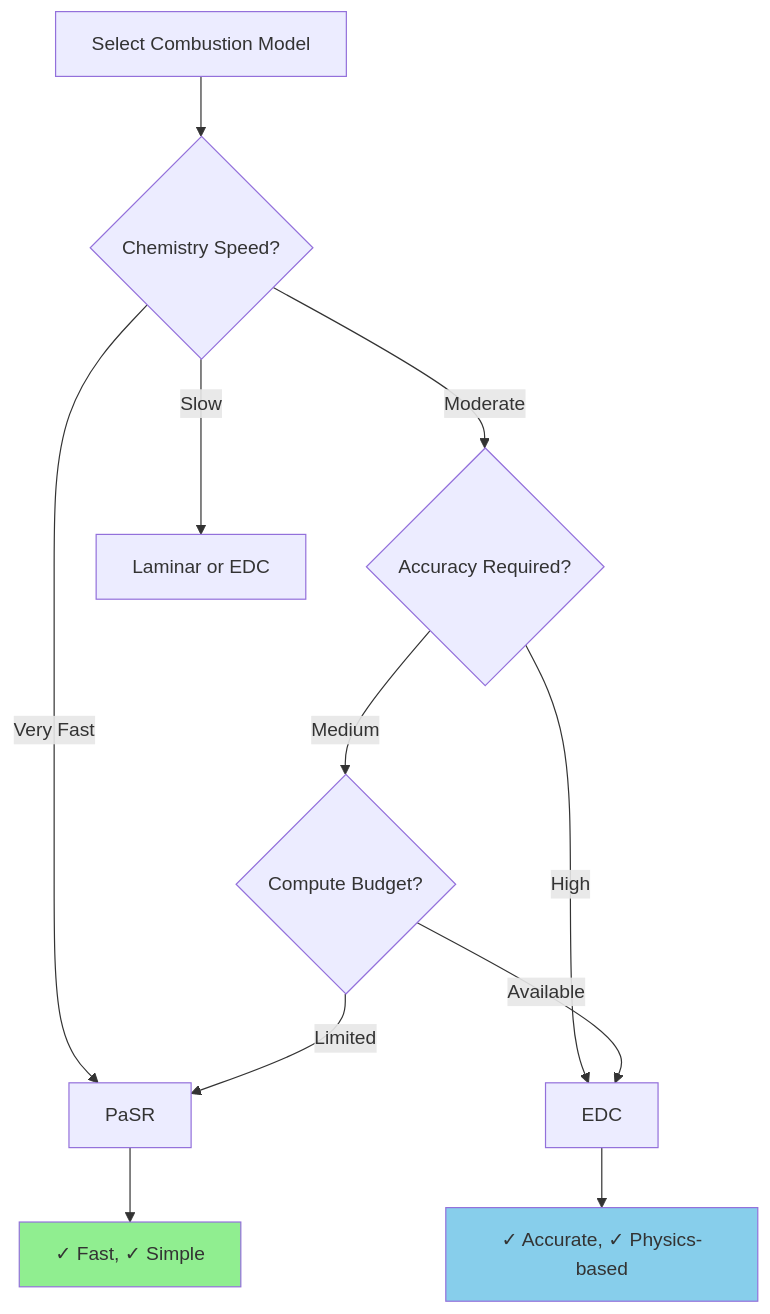
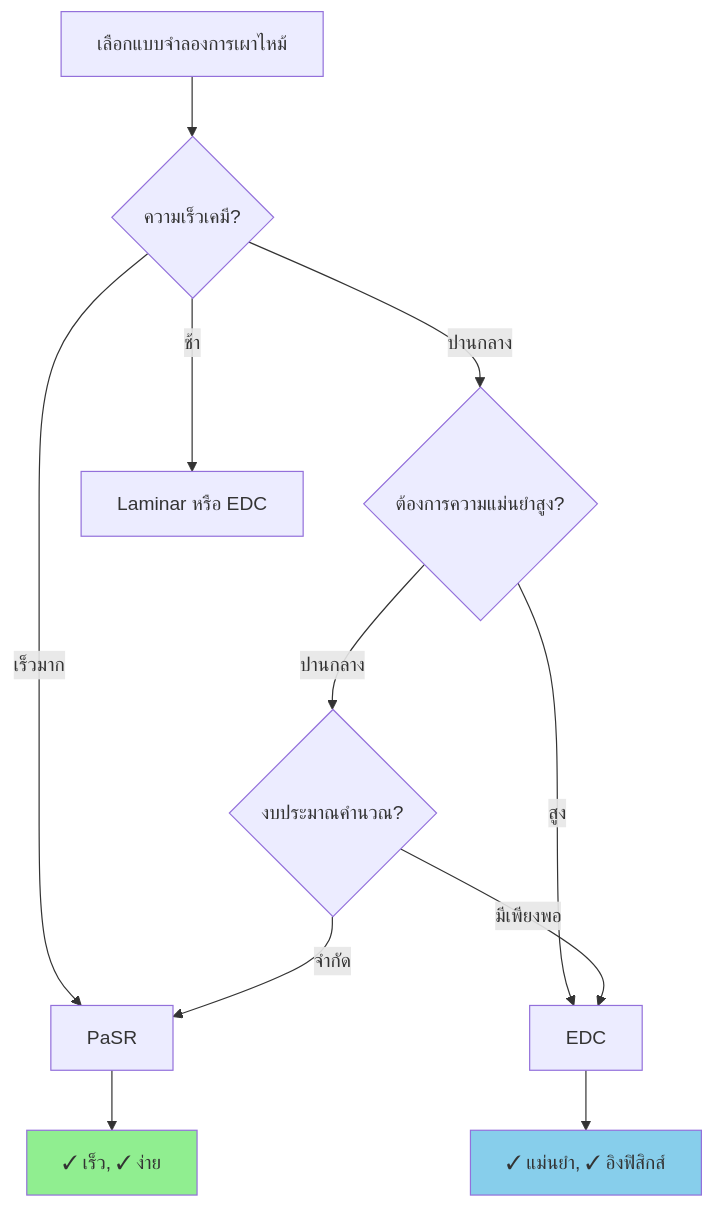
Before and after one commit to wramet/build-my-cfd: the fifth of 5 diagrams in MODULE_06_ADVANCED_PHYSICS/CONTENT/03_REACTING_FLOWS/03_Combustion_Models.md, drawn with Mermaid. The commit also changed other lines of this file and 104 other files, not shown here.

````diff
--- a/MODULE_06_ADVANCED_PHYSICS/CONTENT/03_REACTING_FLOWS/03_Combustion_Models.md
+++ b/MODULE_06_ADVANCED_PHYSICS/CONTENT/03_REACTING_FLOWS/03_Combustion_Models.md
@@ -710,19 +710,19 @@
 ```mermaid
 flowchart TD
-    A[Select Combustion Model] --> B{Chemistry Speed?}
-    B -->|Very Fast| C[PaSR]
-    B -->|Moderate| D{Accuracy Required?}
-    B -->|Slow| E[Laminar or EDC]
+    A[เลือกแบบจำลองการเผาไหม้] --> B{ความเร็วเคมี?};
+    B -->|เร็วมาก| C[PaSR]
+    B -->|ปานกลาง| D{ต้องการความแม่นยำสูง?};
+    B -->|ช้า| E[Laminar หรือ EDC]
 
-    D -->|High| F[EDC]
-    D -->|Medium| G{Compute Budget?}
+    D -->|สูง| F[EDC]
+    D -->|ปานกลาง| G{งบประมาณคำนวณ?};
 
-    G -->|Limited| C
-    G -->|Available| F
+    G -->|จำกัด| C
+    G -->|มีเพียงพอ| F
 
-    C --> H[✓ Fast, ✓ Simple]
-    F --> I[✓ Accurate, ✓ Physics-based]
+    C --> H[✓ เร็ว, ✓ ง่าย]
+    F --> I[✓ แม่นยำ, ✓ อิงฟิสิกส์]
 
     style H fill:#90EE90
     style I fill:#87CEEB
 ```
````
